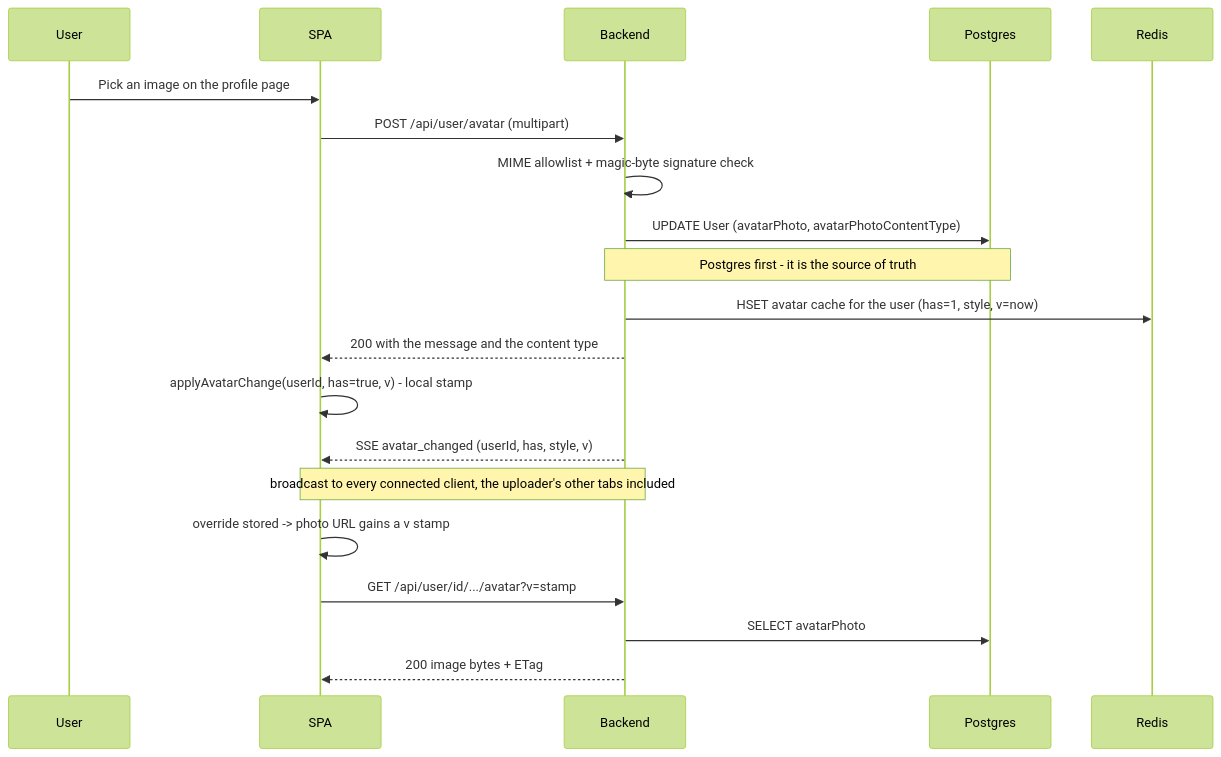
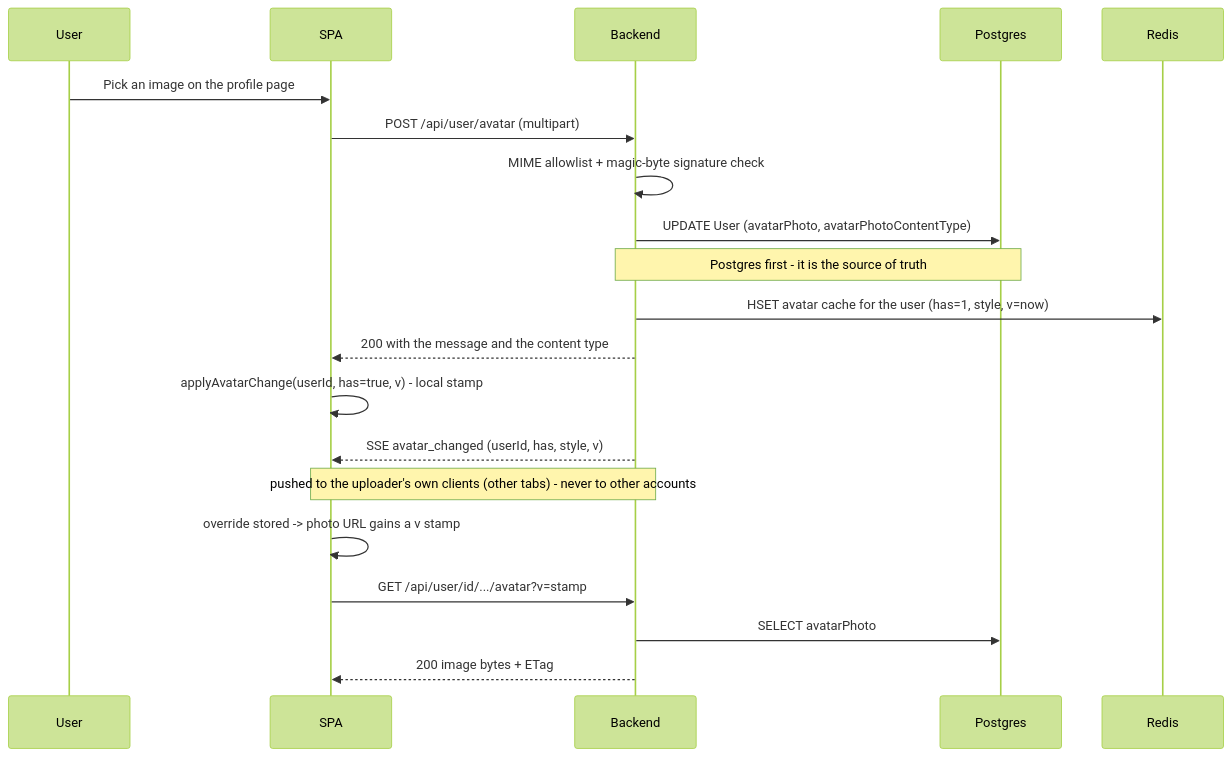
One commit to J00ZzZ/ft_transcendence changed the first of 5 diagrams in docs/avatar-system.md. Above: the diagram before and after it, drawn with Mermaid (forest theme). The commit also changed other lines of this file and 11 other files, not shown here.

````diff
--- a/docs/avatar-system.md
+++ b/docs/avatar-system.md
@@ -156,23 +156,23 @@
 ```mermaid
 sequenceDiagram
     participant U as User
     participant SPA as SPA
     participant API as Backend
     participant DB as Postgres
     participant R as Redis
 
     U->>SPA: Pick an image on the profile page
     SPA->>API: POST /api/user/avatar (multipart)
     API->>API: MIME allowlist + magic-byte signature check
     API->>DB: UPDATE User (avatarPhoto, avatarPhotoContentType)
     Note over API,DB: Postgres first - it is the source of truth
     API->>R: HSET avatar cache for the user (has=1, style, v=now)
     API-->>SPA: 200 with the message and the content type
     SPA->>SPA: applyAvatarChange(userId, has=true, v) - local stamp
     API-->>SPA: SSE avatar_changed (userId, has, style, v)
-    Note over API,SPA: broadcast to every connected client, the uploader's other tabs included
+    Note over API,SPA: pushed to the uploader's own clients (other tabs) - never to other accounts
     SPA->>SPA: override stored -> photo URL gains a v stamp
     SPA->>API: GET /api/user/id/.../avatar?v=stamp
     API->>DB: SELECT avatarPhoto
     API-->>SPA: 200 image bytes + ETag
 ```
````
